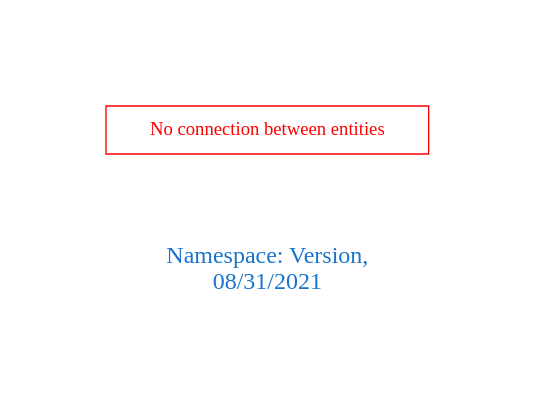
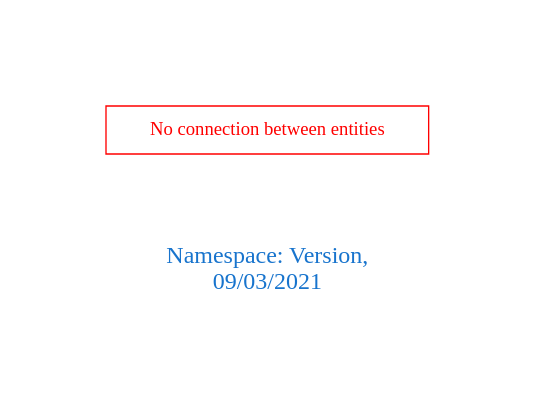
Before and after one commit to arago/OGIT: the diagram in downloads/Version.dot, drawn with Graphviz. The commit also changed 1894 other files, not shown here.

```diff
--- a/downloads/Version.dot
+++ b/downloads/Version.dot
@@ -1,9 +1,9 @@
 digraph OGIT_ontology {
  graph [ rankdir= LR,pad=1 
 fontsize = 18,
-fontcolor= dodgerblue3,label = "\n\n\nNamespace: Version, \n 08/31/2021"];
+fontcolor= dodgerblue3,label = "\n\n\nNamespace: Version, \n 09/03/2021"];
 node[shape=polygon];
 edge [  color="gray81"];
 
 "No connection between entities" [fontcolor = "red",color="red", shape="polygon"]
 }
```
